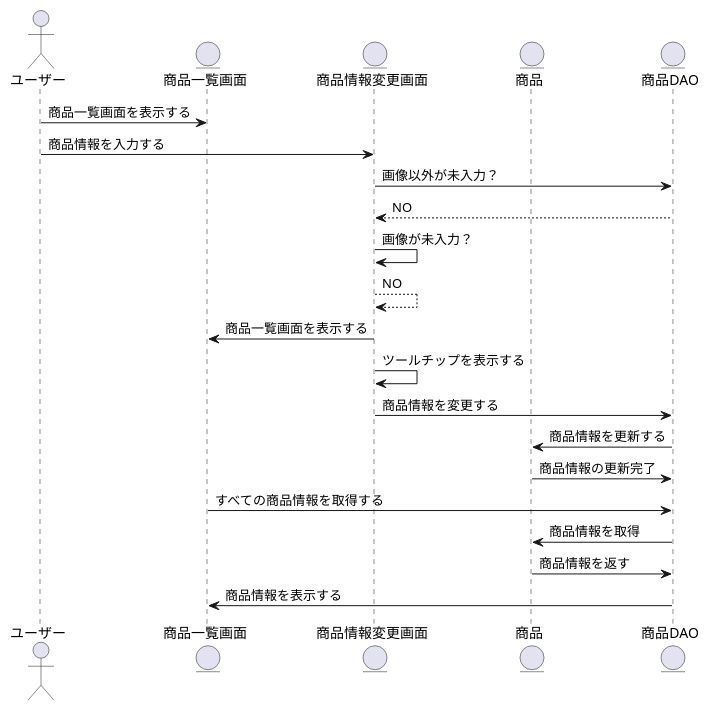
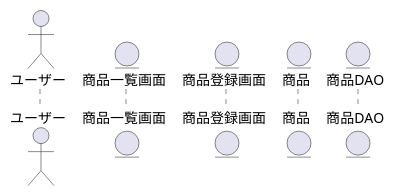
Before and after one commit to ysyk-wtnb16/team_D: the diagram in BBショップ/商品登録.wsd, drawn with PlantUML. The commit also changed 1 other file, not shown here.

```diff
--- a/BBショップ/商品登録.wsd
+++ b/BBショップ/商品登録.wsd
@@ -1,31 +1,10 @@
-@startuml 河野相馬
+@startuml 商品登録
 
 actor ユーザー as User
 entity 商品一覧画面 as ProductListScreen
-entity 商品情報変更画面 as ProductEditScreen
+entity 商品登録画面 as ProductEditScreen
 entity 商品 as Product
 entity 商品DAO as ProductDAO
 
-User -> ProductListScreen : 商品一覧画面を表示する
-User -> ProductEditScreen : 商品情報を入力する
-
-ProductEditScreen -> ProductDAO : 画像以外が未入力？
-ProductDAO --> ProductEditScreen : NO
-
-ProductEditScreen -> ProductEditScreen : 画像が未入力？
-ProductEditScreen --> ProductEditScreen : NO
-ProductEditScreen -> ProductListScreen : 商品一覧画面を表示する
-
-ProductEditScreen -> ProductEditScreen : ツールチップを表示する
-
-ProductEditScreen -> ProductDAO : 商品情報を変更する
-ProductDAO -> Product : 商品情報を更新する
-Product -> ProductDAO : 商品情報の更新完了
-
-ProductListScreen -> ProductDAO : すべての商品情報を取得する
-ProductDAO -> Product : 商品情報を取得
-Product -> ProductDAO : 商品情報を返す
-ProductDAO -> ProductListScreen : 商品情報を表示する
-
 
 @enduml
```
